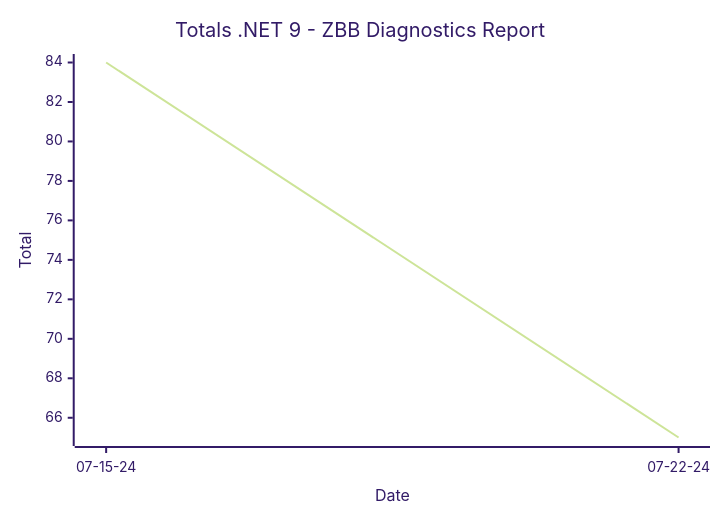
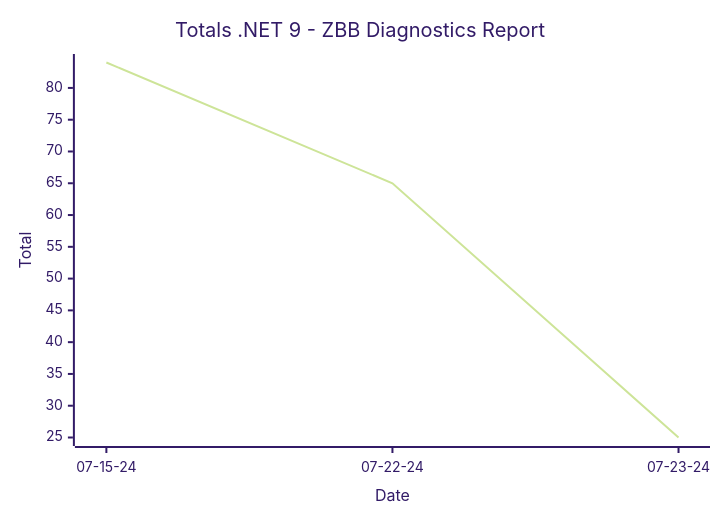
One commit to hoyosjs/gh-issue-tracker changed the second of 2 diagrams in reports/README.md. Above: the diagram before and after it, drawn with Mermaid (forest theme). The commit also changed other lines of this file and 4 other files, not shown here.

````diff
--- a/reports/README.md
+++ b/reports/README.md
@@ -24,7 +24,7 @@
 ```mermaid
 xychart-beta
   title "Totals .NET 9 - ZBB Diagnostics Report"
-  x-axis "Date" ["07-15-24", "07-22-24"]
+  x-axis "Date" ["07-15-24", "07-22-24", "07-23-24"]
   y-axis "Total"
-  line [84, 65]
+  line [84, 65, 25]
 ```
````
